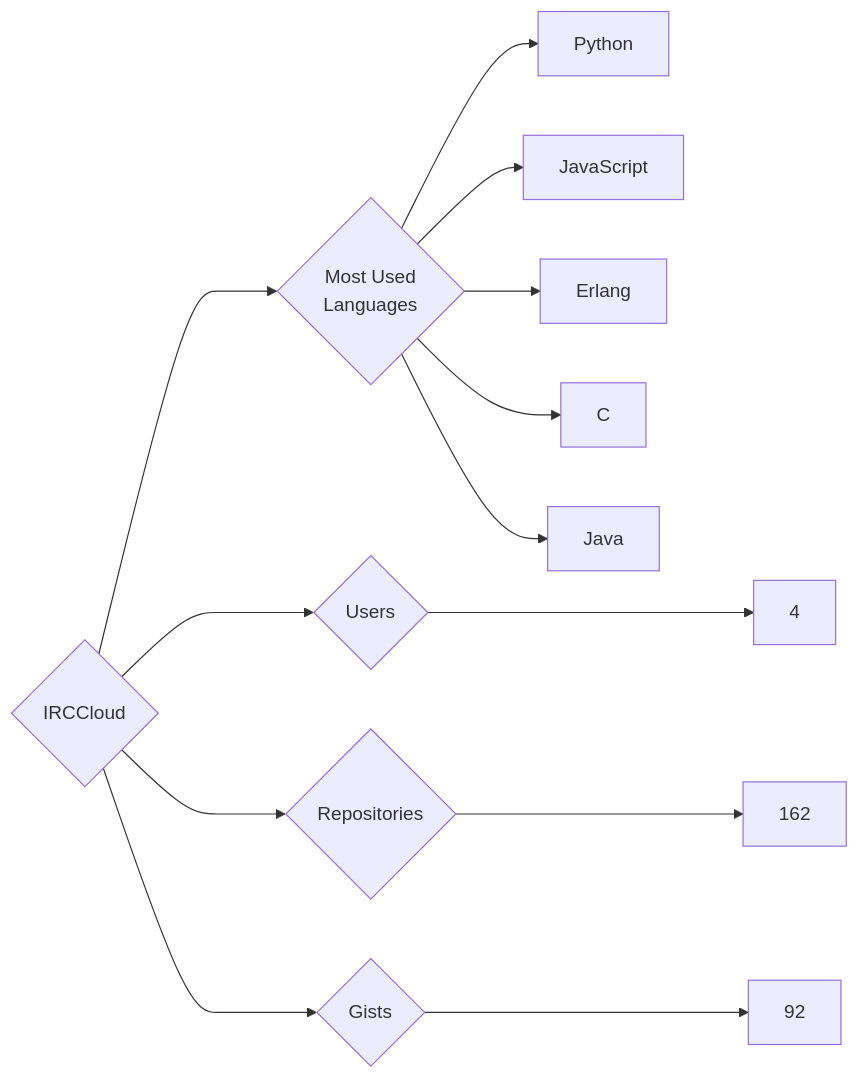
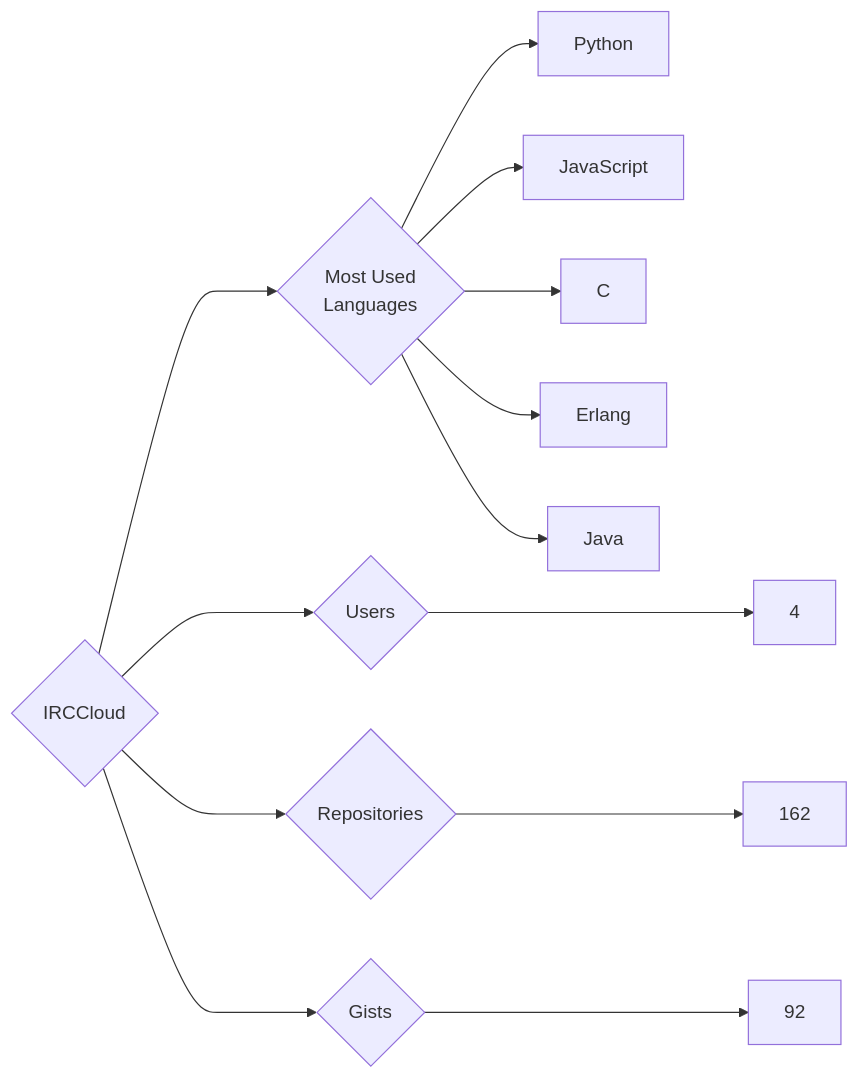
The diagram in targets/IRCCloud/README.md (trickest/insiders), drawn with Mermaid before and after one commit. The commit also changed other lines of this file and 614 other files, not shown here.

````diff
--- a/targets/IRCCloud/README.md
+++ b/targets/IRCCloud/README.md
@@ -3,13 +3,13 @@
 ```mermaid
 graph LR
 COMPANY_NAME{IRCCloud}
 COMPANY_NAME ---> U{Users} ---> UN[4]
 COMPANY_NAME ---> R{Repositories} ---> RN[162]
 COMPANY_NAME ---> G{Gists} ---> GN[92]
 COMPANY_NAME ---> ML{Most Used<br>Languages}
 ML --> Python[Python]
 ML --> JavaScript[JavaScript]
+ML --> C[C]
 ML --> Erlang[Erlang]
-ML --> C[C]
 ML --> Java[Java]
 ```
````
